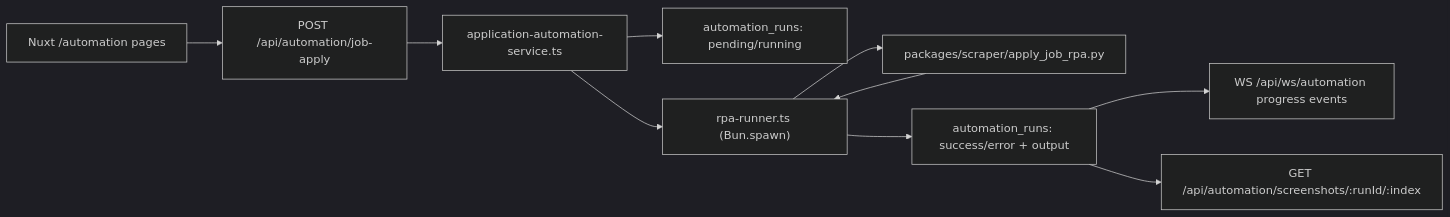
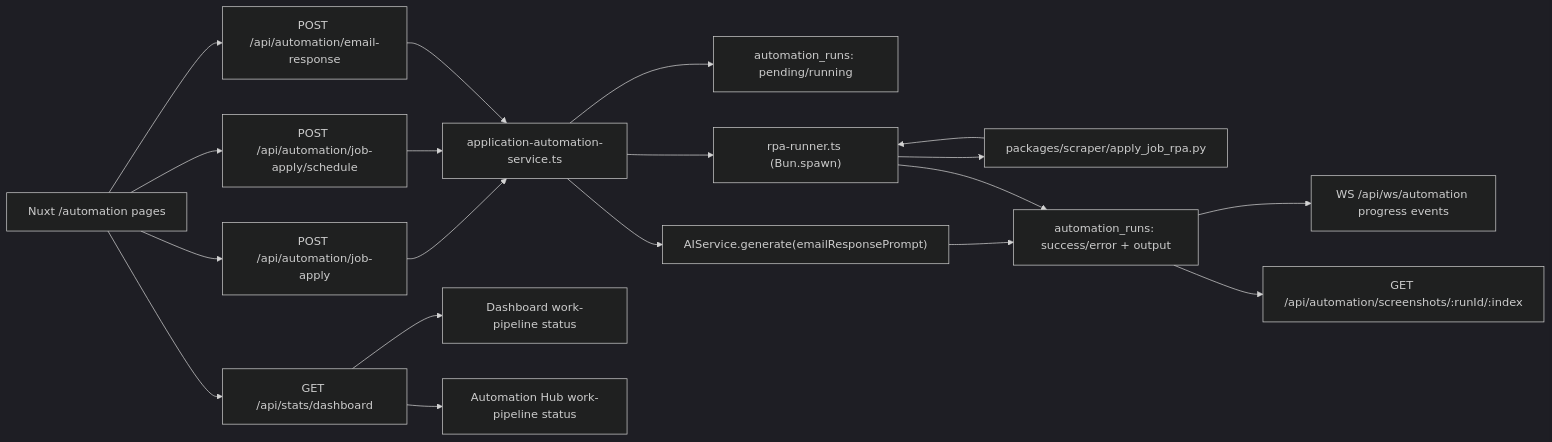
The first of 2 diagrams in docs/AUTOMATION.md (d4551/baobuildbuddy), drawn with Mermaid (dark theme) before and after one commit. The commit also changed other lines of this file and 135 other files, not shown here.

````diff
--- a/docs/AUTOMATION.md
+++ b/docs/AUTOMATION.md
@@ -26,12 +26,21 @@
 ```mermaid
 flowchart LR
-  UI["Nuxt /automation pages"] --> API["POST /api/automation/job-apply"]
-  API --> Service["application-automation-service.ts"]
+  UI["Nuxt /automation pages"] --> JobAPI["POST /api/automation/job-apply"]
+  UI --> ScheduleAPI["POST /api/automation/job-apply/schedule"]
+  UI --> EmailAPI["POST /api/automation/email-response"]
+  UI --> StatsAPI["GET /api/stats/dashboard"]
+  JobAPI --> Service["application-automation-service.ts"]
+  ScheduleAPI --> Service
+  EmailAPI --> Service
+  StatsAPI --> DashboardPipeline["Dashboard work-pipeline status"]
+  StatsAPI --> AutomationPipeline["Automation Hub work-pipeline status"]
   Service --> PersistStart["automation_runs: pending/running"]
   Service --> Runner["rpa-runner.ts (Bun.spawn)"]
   Runner --> Script["packages/scraper/apply_job_rpa.py"]
   Script --> Runner
-  Runner --> PersistDone["automation_runs: success/error + output"]
+  Service --> EmailGen["AIService.generate(emailResponsePrompt)"]
+  EmailGen --> PersistDone["automation_runs: success/error + output"]
+  Runner --> PersistDone
   PersistDone --> WS["WS /api/ws/automation progress events"]
   PersistDone --> Screens["GET /api/automation/screenshots/:runId/:index"]
 ```
````
